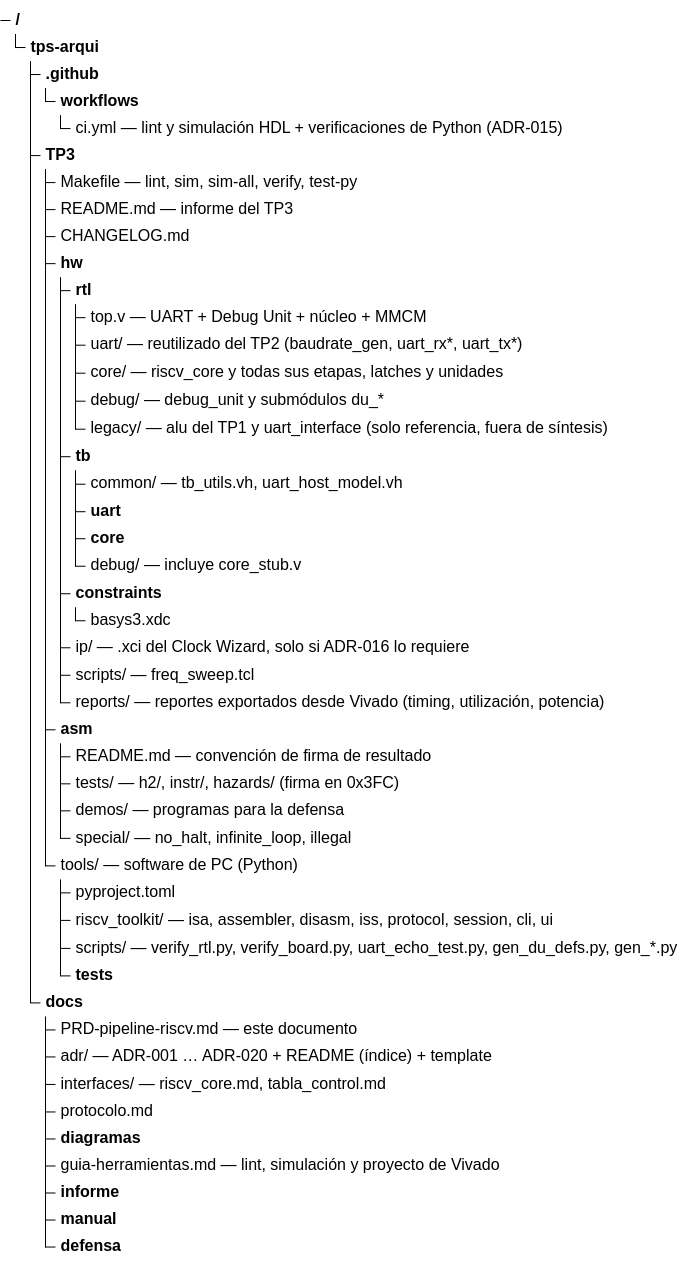
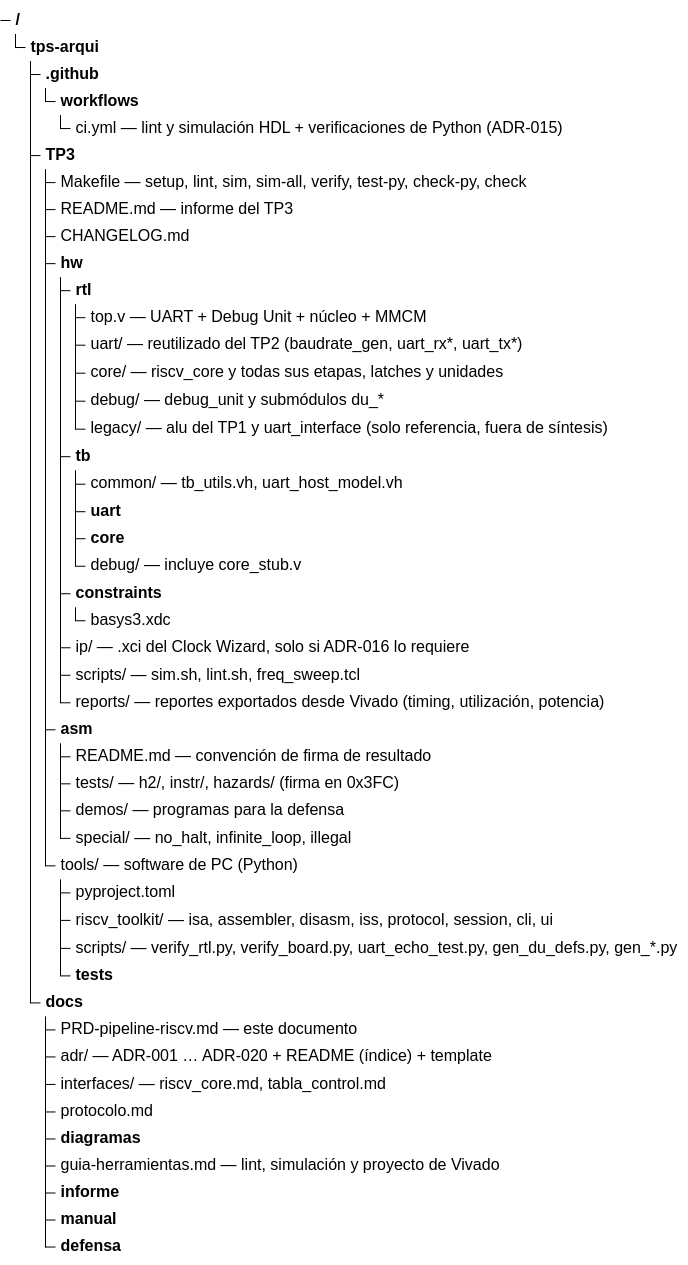
Before and after one commit to nicopinera/tps-arqui: diagram 47 of 47 in docs/PRD-pipeline-riscv.md, drawn with Mermaid. The commit also changed other lines of this file and 4 other files, not shown here.

Commit message:
feature(US102): Actualiza la documentación y comandos en la guía de herramientas, agrega soporte para lint y simulación en el Makefile, y corrige la versión de Python en los ADRs.

````diff
--- a/docs/PRD-pipeline-riscv.md
+++ b/docs/PRD-pipeline-riscv.md
@@ -2146,48 +2161,48 @@
 ```mermaid
 treeView-beta
     "tps-arqui/"
         ".github/"
             "workflows/"
                 "ci.yml — lint y simulación HDL + verificaciones de Python (ADR-015)"
         "TP3/"
-            "Makefile — lint, sim, sim-all, verify, test-py"
+            "Makefile — setup, lint, sim, sim-all, verify, test-py, check-py, check"
             "README.md — informe del TP3"
             "CHANGELOG.md"
             "hw/"
                 "rtl/"
                     "top.v — UART + Debug Unit + núcleo + MMCM"
                     "uart/ — reutilizado del TP2 (baudrate_gen, uart_rx*, uart_tx*)"
                     "core/ — riscv_core y todas sus etapas, latches y unidades"
                     "debug/ — debug_unit y submódulos du_*"
                     "legacy/ — alu del TP1 y uart_interface (solo referencia, fuera de síntesis)"
                 "tb/"
                     "common/ — tb_utils.vh, uart_host_model.vh"
                     "uart/"
                     "core/"
                     "debug/ — incluye core_stub.v"
                 "constraints/"
                     "basys3.xdc"
                 "ip/ — .xci del Clock Wizard, solo si ADR-016 lo requiere"
-                "scripts/ — freq_sweep.tcl"
+                "scripts/ — sim.sh, lint.sh, freq_sweep.tcl"
                 "reports/ — reportes exportados desde Vivado (timing, utilización, potencia)"
             "asm/"
                 "README.md — convención de firma de resultado"
                 "tests/ — h2/, instr/, hazards/ (firma en 0x3FC)"
                 "demos/ — programas para la defensa"
                 "special/ — no_halt, infinite_loop, illegal"
             "tools/ — software de PC (Python)"
                 "pyproject.toml"
                 "riscv_toolkit/ — isa, assembler, disasm, iss, protocol, session, cli, ui"
                 "scripts/ — verify_rtl.py, verify_board.py, uart_echo_test.py, gen_du_defs.py, gen_*.py"
                 "tests/"
         "docs/"
             "PRD-pipeline-riscv.md — este documento"
             "adr/ — ADR-001 … ADR-020 + README (índice) + template"
             "interfaces/ — riscv_core.md, tabla_control.md"
             "protocolo.md"
             "diagramas/"
             "guia-herramientas.md — lint, simulación y proyecto de Vivado"
             "informe/"
             "manual/"
             "defensa/"
 ```
````
